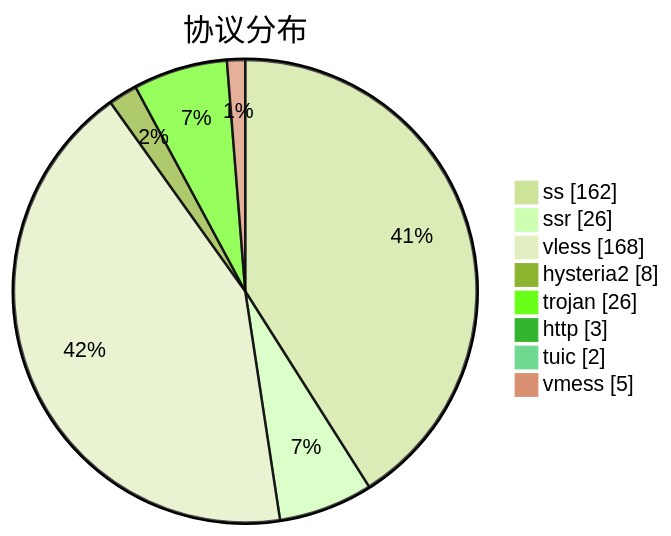
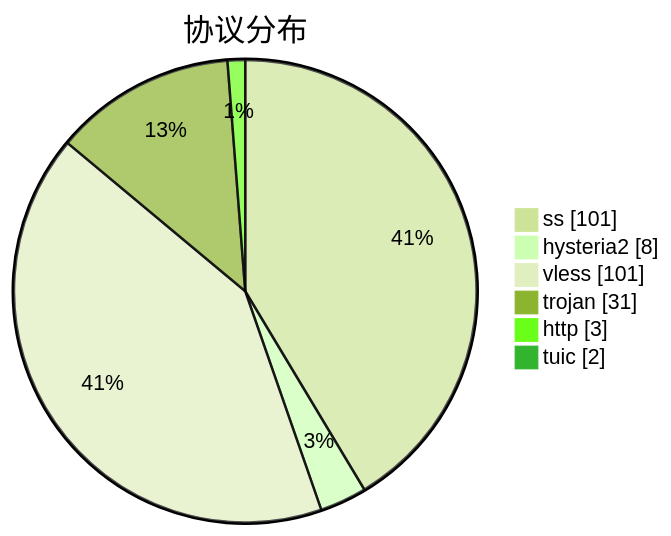
The third of 3 diagrams in subs/statistics/tested_within.md (qjlxg/airport), drawn with Mermaid (forest theme) before and after one commit. The commit also changed other lines of this file and 2 other files, not shown here.

````diff
--- a/subs/statistics/tested_within.md
+++ b/subs/statistics/tested_within.md
@@ -32,12 +32,10 @@
 ```mermaid
 pie showData
 title 协议分布
-"ss" : 162
-"ssr" : 26
-"vless" : 168
+"ss" : 101
 "hysteria2" : 8
-"trojan" : 26
+"vless" : 101
+"trojan" : 31
 "http" : 3
 "tuic" : 2
-"vmess" : 5
 ```
````
